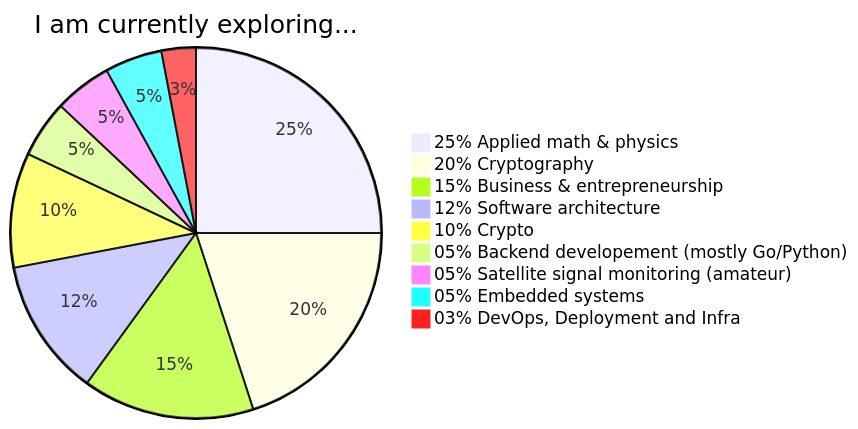
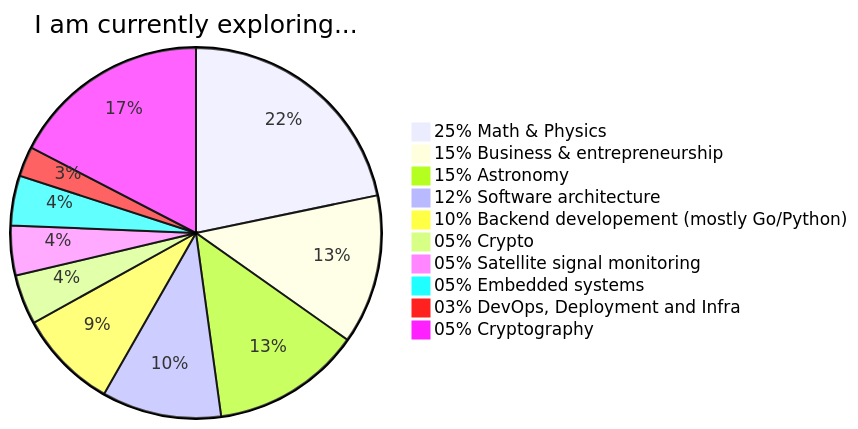
The first of 2 diagrams in README.md (jieggii/jieggii), drawn with Mermaid before and after one commit.

````diff
--- a/README.md
+++ b/README.md
@@ -11,12 +11,13 @@
 ```mermaid
 pie title I am currently exploring...
-    "25% Applied math & physics" : 25
-    "20% Cryptography" : 20
+    "25% Math & Physics" : 25
     "15% Business & entrepreneurship" : 15
+    "15% Astronomy" : 15
     "12% Software architecture" : 12
-    "10% Crypto" : 10
-    "05% Backend developement (mostly Go/Python)" : 5
-    "05% Satellite signal monitoring (amateur)" : 5
+    "10% Backend developement (mostly Go/Python)" : 10
+    "05% Crypto" : 5
+    "05% Satellite signal monitoring" : 5
     "05% Embedded systems" : 5
     "03% DevOps, Deployment and Infra" : 3
+    "05% Cryptography" : 20
 ```
````
